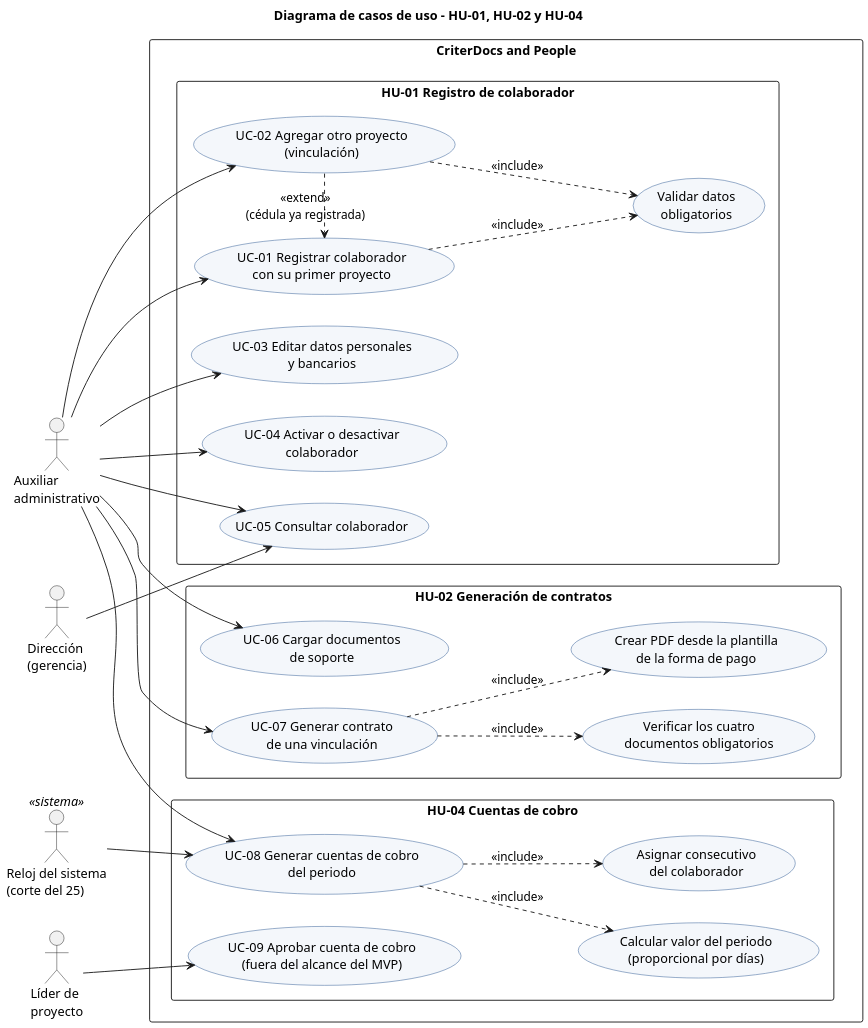
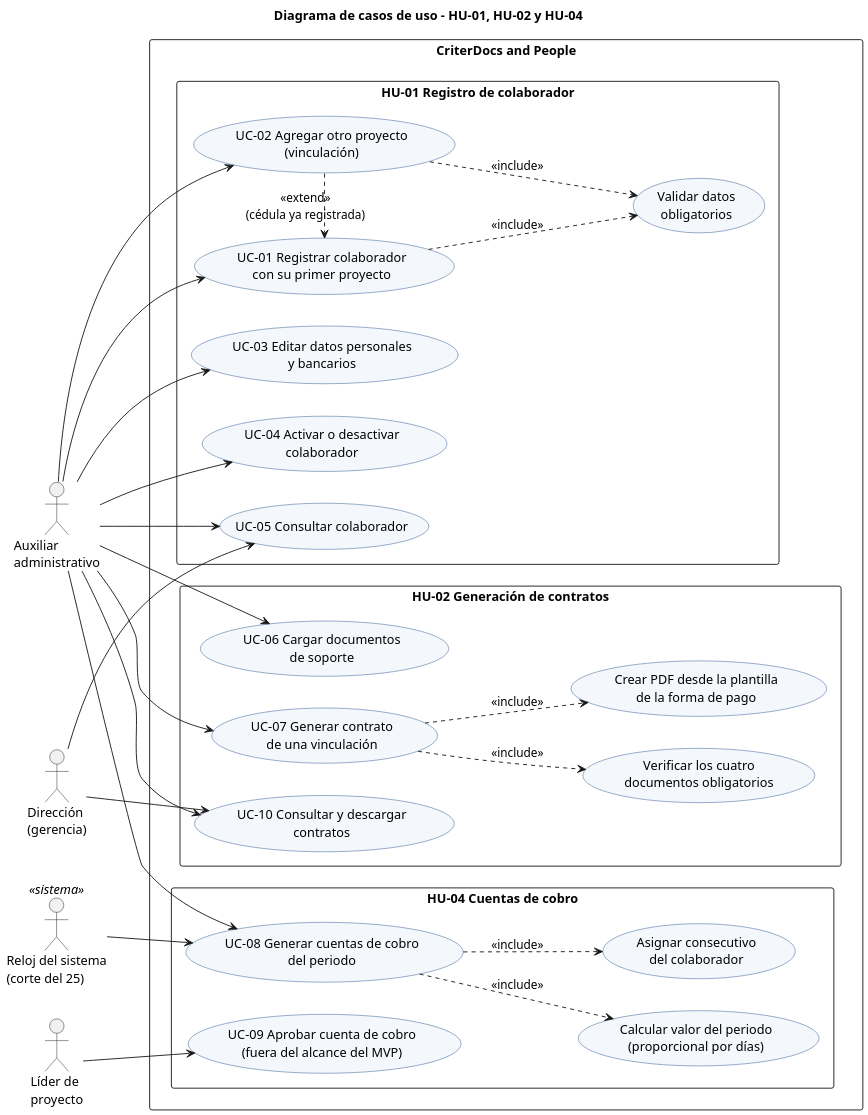
One commit to Juanj15/criterdocs-and-people changed the diagram in docs/diagramas/rtf4/casos_uso.puml. Above: the diagram before and after it, drawn with PlantUML. The commit also changed 7 other files, not shown here.

First line of the commit message:
docs: diagramas de la RTF4 coherentes con la ficha y el selector de perfil (CDP-39)

```diff
--- a/docs/diagramas/rtf4/casos_uso.puml
+++ b/docs/diagramas/rtf4/casos_uso.puml
@@ -1,60 +1,63 @@
 @startuml
 skinparam dpi 150
 skinparam defaultFontName Arial
 skinparam shadowing false
 skinparam packageStyle rectangle
 skinparam usecase {
   BackgroundColor #F4F7FB
   BorderColor #1F4E8C
 }
 left to right direction
 title Diagrama de casos de uso - HU-01, HU-02 y HU-04
 
 actor "Auxiliar\nadministrativo" as AUX
 actor "Dirección\n(gerencia)" as DIR
 actor "Reloj del sistema\n(corte del 25)" as RELOJ <<sistema>>
 actor "Líder de\nproyecto" as LIDER
 
 rectangle "CriterDocs and People" {
   package "HU-01 Registro de colaborador" {
     usecase "UC-01 Registrar colaborador\ncon su primer proyecto" as UC01
     usecase "Validar datos\nobligatorios" as VAL
     usecase "UC-02 Agregar otro proyecto\n(vinculación)" as UC02
     usecase "UC-03 Editar datos personales\ny bancarios" as UC03
     usecase "UC-04 Activar o desactivar\ncolaborador" as UC04
     usecase "UC-05 Consultar colaborador" as UC05
   }
   package "HU-02 Generación de contratos" {
     usecase "UC-06 Cargar documentos\nde soporte" as UC06
     usecase "UC-07 Generar contrato\nde una vinculación" as UC07
     usecase "Verificar los cuatro\ndocumentos obligatorios" as DOCS
     usecase "Crear PDF desde la plantilla\nde la forma de pago" as PDF
+    usecase "UC-10 Consultar y descargar\ncontratos" as UC10
   }
   package "HU-04 Cuentas de cobro" {
     usecase "UC-08 Generar cuentas de cobro\ndel periodo" as UC08
     usecase "Calcular valor del periodo\n(proporcional por días)" as VALOR
     usecase "Asignar consecutivo\ndel colaborador" as CONS
     usecase "UC-09 Aprobar cuenta de cobro\n(fuera del alcance del MVP)" as UC09
   }
 }
 
 AUX --> UC01
 AUX --> UC02
 AUX --> UC03
 AUX --> UC04
 AUX --> UC05
 AUX --> UC06
 AUX --> UC07
 AUX --> UC08
+AUX --> UC10
 DIR --> UC05
+DIR --> UC10
 RELOJ --> UC08
 LIDER --> UC09
 
 UC01 ..> VAL : <<include>>
 UC02 ..> VAL : <<include>>
 UC02 .> UC01 : <<extend>>\n(cédula ya registrada)
 UC07 ..> DOCS : <<include>>
 UC07 ..> PDF : <<include>>
 UC08 ..> VALOR : <<include>>
 UC08 ..> CONS : <<include>>
 @enduml
```
